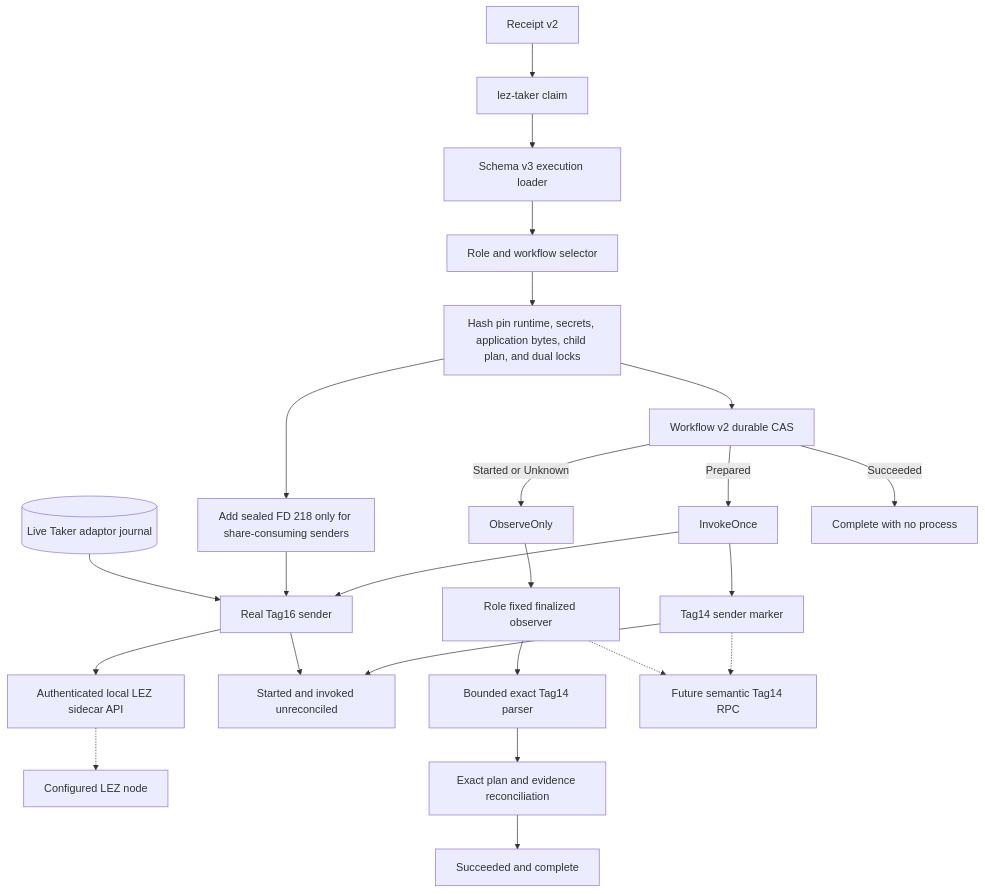
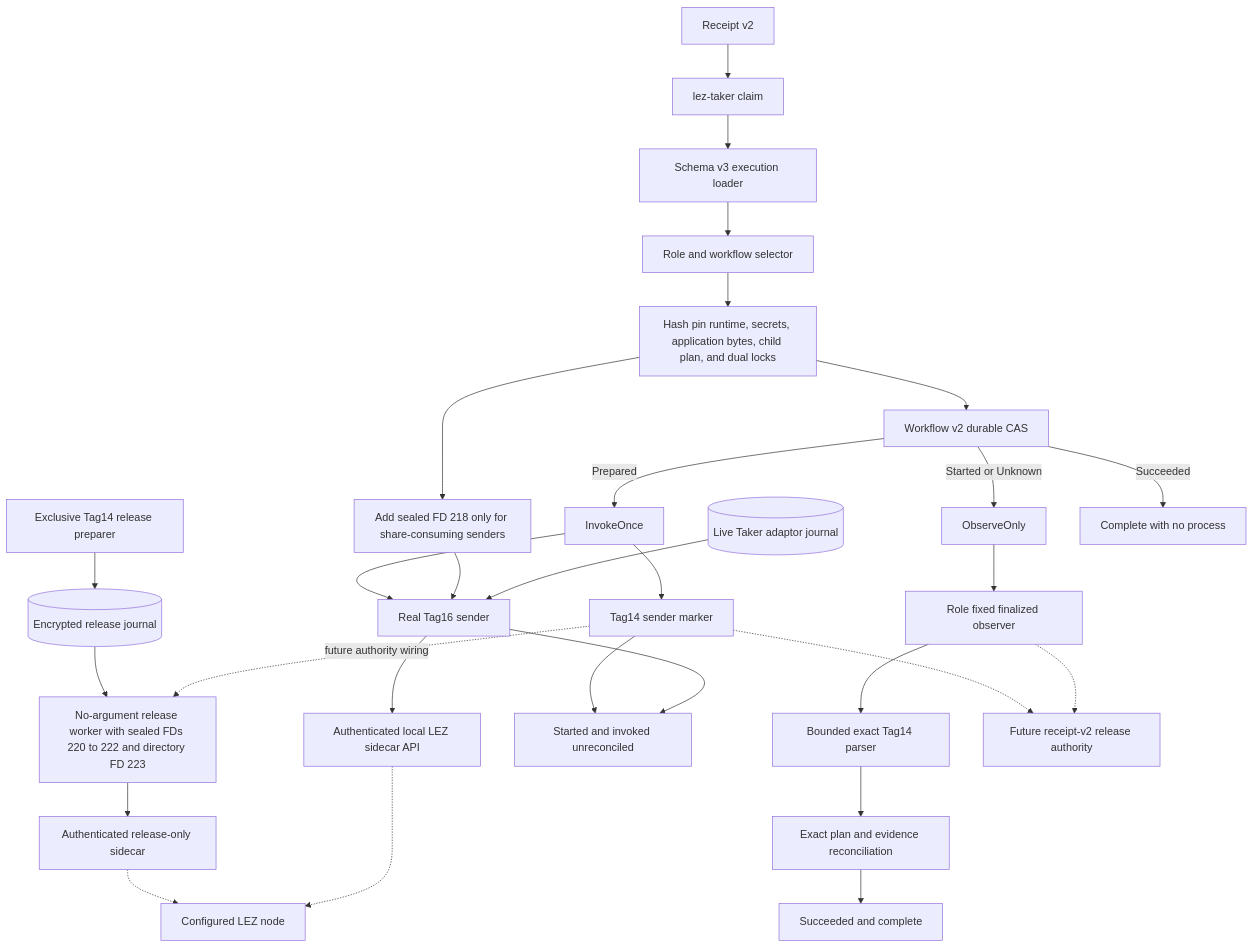
Before and after one commit to gateway-fm/lez-atomic-swaps: diagram 27 of 40 in docs/architecture/system-architecture.md, drawn with Mermaid. The commit also changed 16 other files, not shown here.

Commit message:
feat(m7): seal xmr release worker invocation

````diff
--- a/docs/architecture/system-architecture.md
+++ b/docs/architecture/system-architecture.md
@@ -2563,27 +2563,32 @@
 ```mermaid
 flowchart TB
     Receipt["Receipt v2"] --> Claim["lez-taker claim"]
     Claim --> Loader["Schema v3 execution loader"]
     Loader --> Selector["Role and workflow selector"]
     Selector --> Pin["Hash pin runtime, secrets, application bytes, child plan, and dual locks"]
     Pin --> Share["Add sealed FD 218 only for share-consuming senders"]
     Pin --> Authorize["Workflow v2 durable CAS"]
     Authorize -->|Prepared| Invoke["InvokeOnce"]
     Invoke --> Tag14["Tag14 sender marker"]
+    ReleasePrepare["Exclusive Tag14 release preparer"] --> ReleaseJournal[("Encrypted release journal")]
+    ReleaseJournal --> ReleaseWorker["No-argument release worker with sealed FDs 220 to 222 and directory FD 223"]
+    Tag14 -.->|"future authority wiring"| ReleaseWorker
+    ReleaseWorker --> ReleaseSidecar["Authenticated release-only sidecar"]
+    ReleaseSidecar -.-> Node
     Invoke --> Tag16["Real Tag16 sender"]
     Share --> Tag16
     Journal[("Live Taker adaptor journal")] --> Tag16
     Tag16 --> Sidecar["Authenticated local LEZ sidecar API"]
     Sidecar -.-> Node["Configured LEZ node"]
     Started["Started and invoked unreconciled"]
     Tag14 --> Started
     Tag16 --> Started
     Authorize -->|Started or Unknown| Observe["ObserveOnly"]
     Observe --> Observer["Role fixed finalized observer"]
     Observer --> Parser["Bounded exact Tag14 parser"]
     Parser --> Reconcile["Exact plan and evidence reconciliation"]
     Reconcile --> Succeeded["Succeeded and complete"]
     Authorize -->|Succeeded| Complete["Complete with no process"]
-    Tag14 -.-> Rpc["Future semantic Tag14 RPC"]
+    Tag14 -.-> Rpc["Future receipt-v2 release authority"]
     Observer -.-> Rpc
 ```
````
